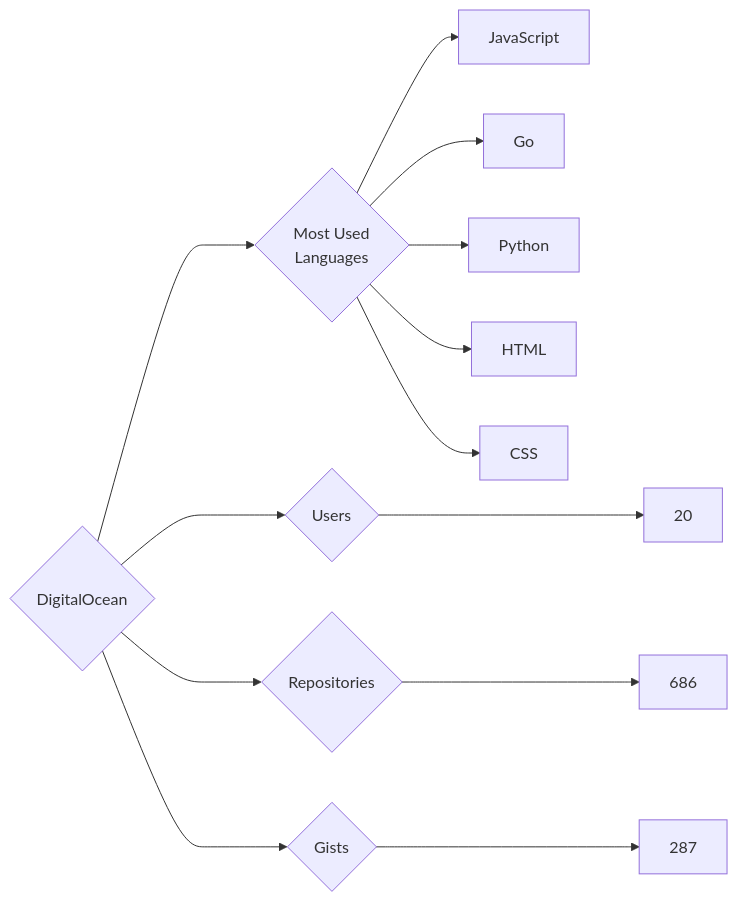
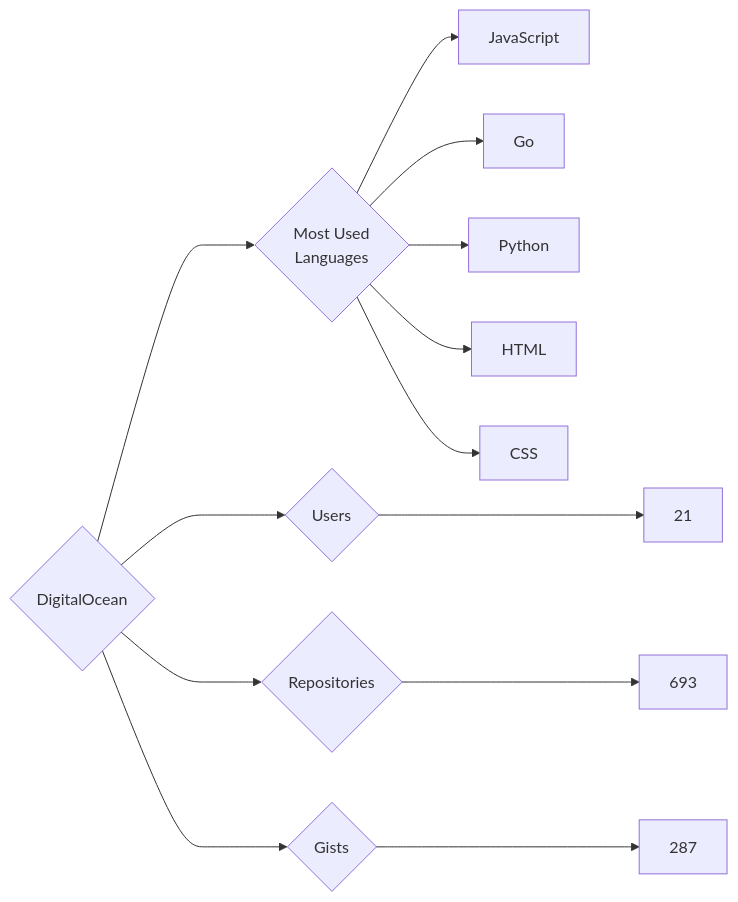
Before and after one commit to trickest/insiders: the diagram in targets/DigitalOcean/README.md, drawn with Mermaid. The commit also changed 718 other files, not shown here.

````diff
--- a/targets/DigitalOcean/README.md
+++ b/targets/DigitalOcean/README.md
@@ -3,13 +3,13 @@
 ```mermaid
 graph LR
 COMPANY_NAME{DigitalOcean}
-COMPANY_NAME ---> U{Users} ---> UN[20]
-COMPANY_NAME ---> R{Repositories} ---> RN[686]
+COMPANY_NAME ---> U{Users} ---> UN[21]
+COMPANY_NAME ---> R{Repositories} ---> RN[693]
 COMPANY_NAME ---> G{Gists} ---> GN[287]
 COMPANY_NAME ---> ML{Most Used<br>Languages}
 ML --> JavaScript[JavaScript]
 ML --> Go[Go]
 ML --> Python[Python]
 ML --> HTML[HTML]
 ML --> CSS[CSS]
 ```
````
